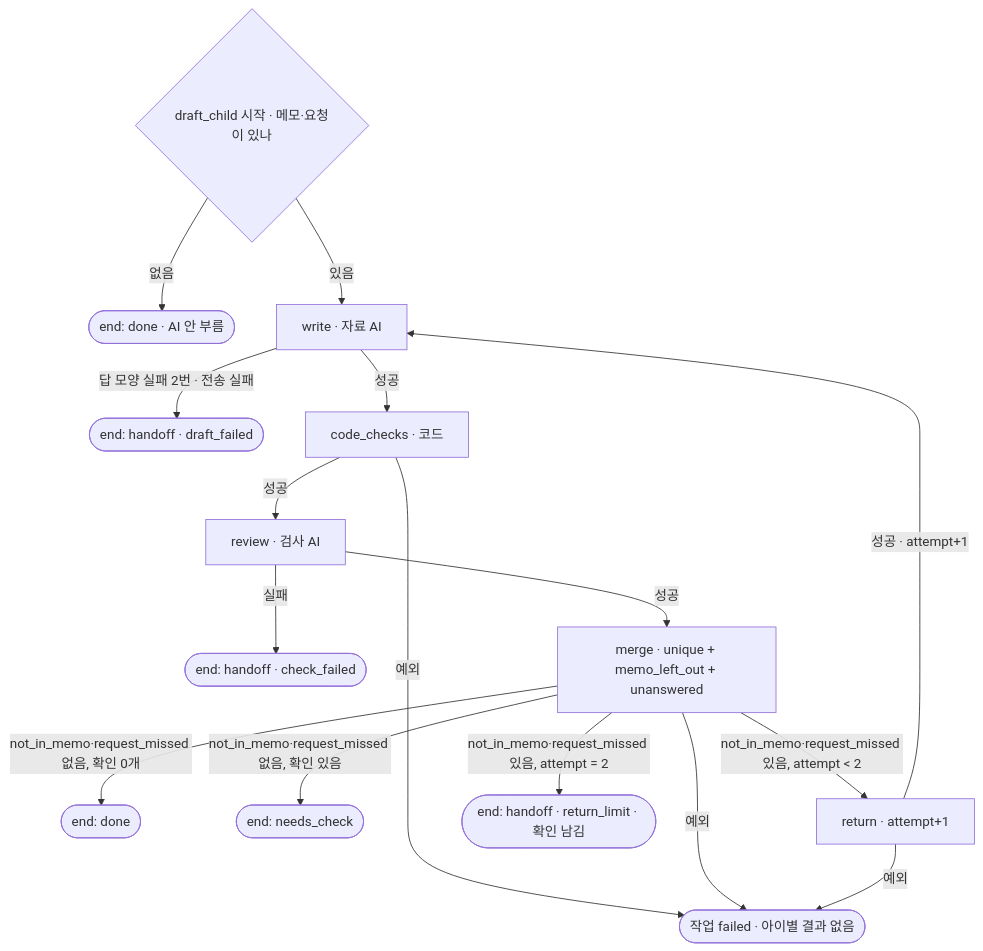
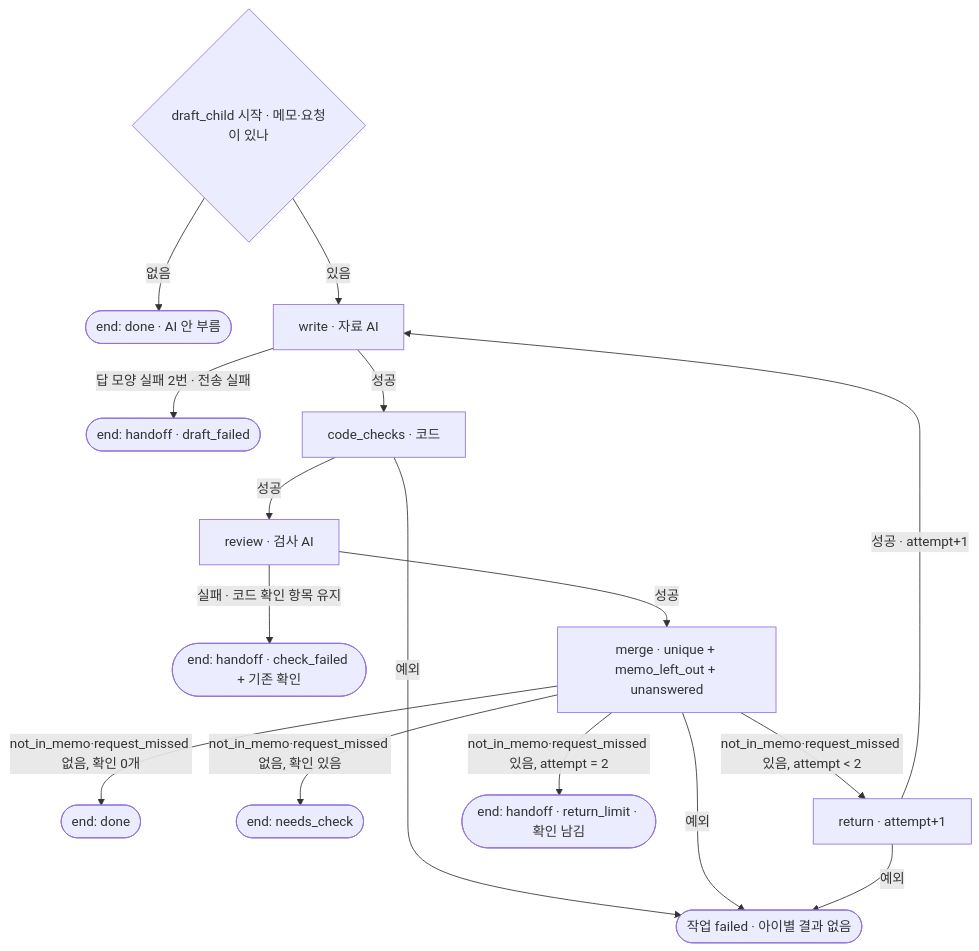
The second of 3 diagrams in Docs/Step3/T25_단일에이전트_상태전이_설계서.md (aio-final-2team/FinalProject_2Team), drawn with Mermaid before and after one commit. The commit also changed other lines of this file and 5 other files, not shown here.

````diff
--- a/Docs/Step3/T25_단일에이전트_상태전이_설계서.md
+++ b/Docs/Step3/T25_단일에이전트_상태전이_설계서.md
@@ -59,19 +60,19 @@
 ```mermaid
 flowchart TD
     S{draft_child 시작 · 메모·요청이 있나}
     S -->|없음| E1([end: done · AI 안 부름])
     S -->|있음| W[write · 자료 AI]
     W -->|답 모양 실패 2번 · 전송 실패| E3([end: handoff · draft_failed])
     W -->|성공| C[code_checks · 코드]
     C -->|성공| R[review · 검사 AI]
     C -->|예외| F([작업 failed · 아이별 결과 없음])
-    R -->|실패| E4([end: handoff · check_failed])
+    R -->|실패 · 코드 확인 항목 유지| E4([end: handoff · check_failed + 기존 확인])
     R -->|성공| M[merge · unique + memo_left_out + unanswered]
     M -->|not_in_memo·request_missed 없음, 확인 0개| E1b([end: done])
     M -->|not_in_memo·request_missed 없음, 확인 있음| E2([end: needs_check])
     M -->|not_in_memo·request_missed 있음, attempt < 2| RT[return · attempt+1]
     RT -->|성공 · attempt+1| W
     M -->|not_in_memo·request_missed 있음, attempt = 2| E5([end: handoff · return_limit · 확인 남김])
     M -->|예외| F
     RT -->|예외| F
 ```
````
